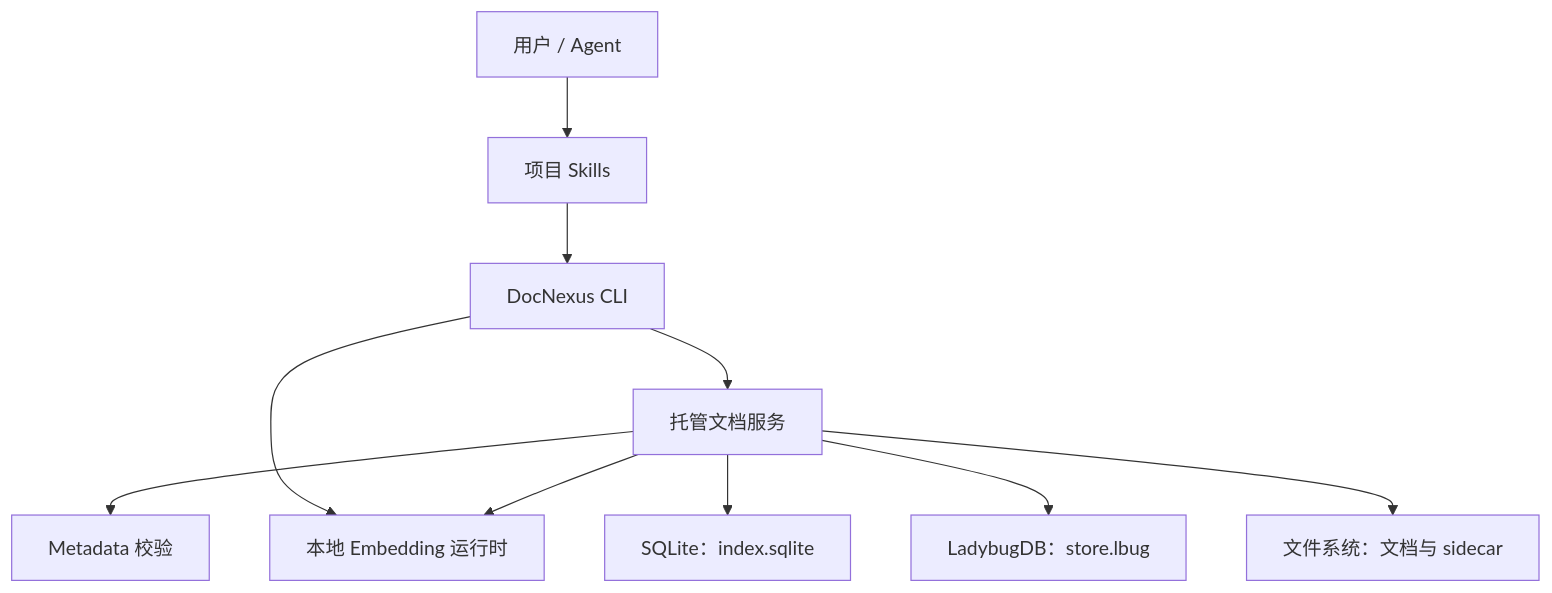
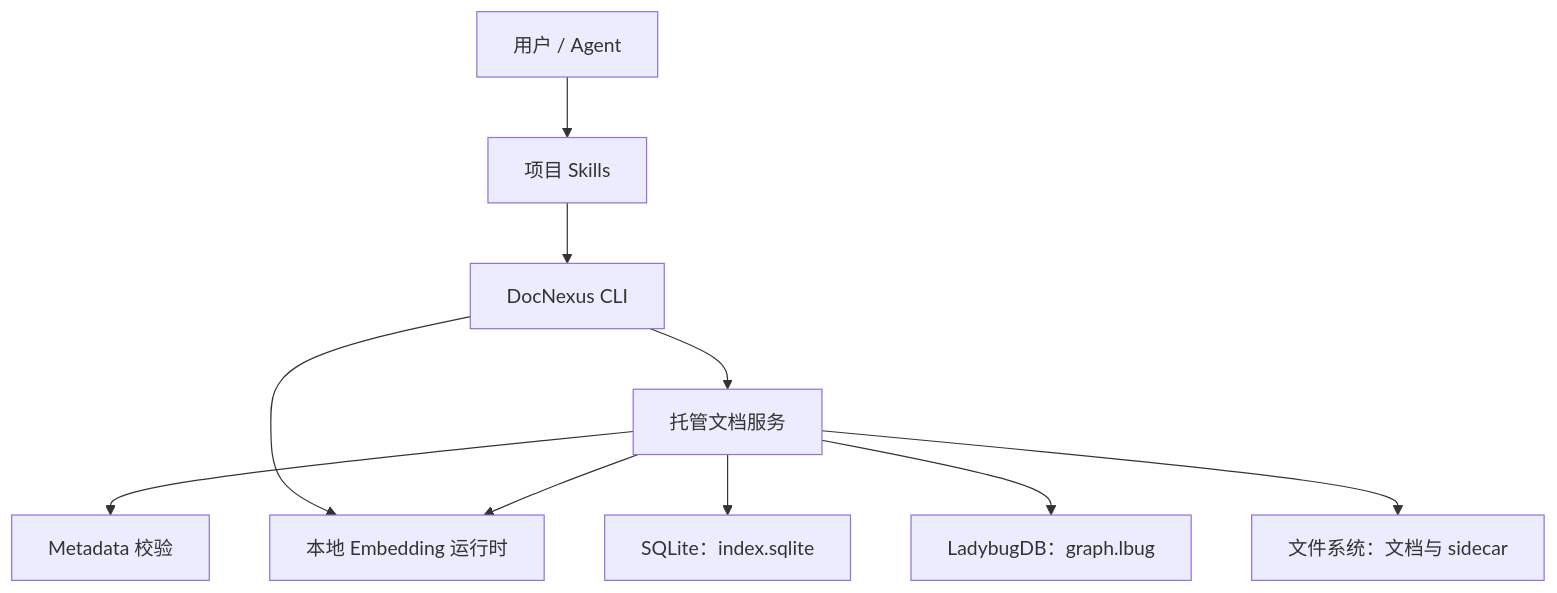
The first of 4 diagrams in docs/architecture/overview.zh-CN.md (guilianerde/docnexus), drawn with Mermaid before and after one commit. The commit also changed other lines of this file and 44 other files, not shown here.

````diff
--- a/docs/architecture/overview.zh-CN.md
+++ b/docs/architecture/overview.zh-CN.md
@@ -18,22 +18,22 @@
 ```mermaid
 flowchart TD
     U["用户 / Agent"]
     SKILLS["项目 Skills"]
     CLI["DocNexus CLI"]
     MANAGER["托管文档服务"]
     META["Metadata 校验"]
     EMBED["本地 Embedding 运行时"]
     SQLITE["SQLite：index.sqlite"]
-    LBUG["LadybugDB：store.lbug"]
+    LBUG["LadybugDB：graph.lbug"]
     FILES["文件系统：文档与 sidecar"]
 
     U --> SKILLS
     SKILLS --> CLI
     CLI --> MANAGER
     CLI --> EMBED
     MANAGER --> META
     MANAGER --> EMBED
     MANAGER --> SQLITE
     MANAGER --> LBUG
     MANAGER --> FILES
 ```
````
